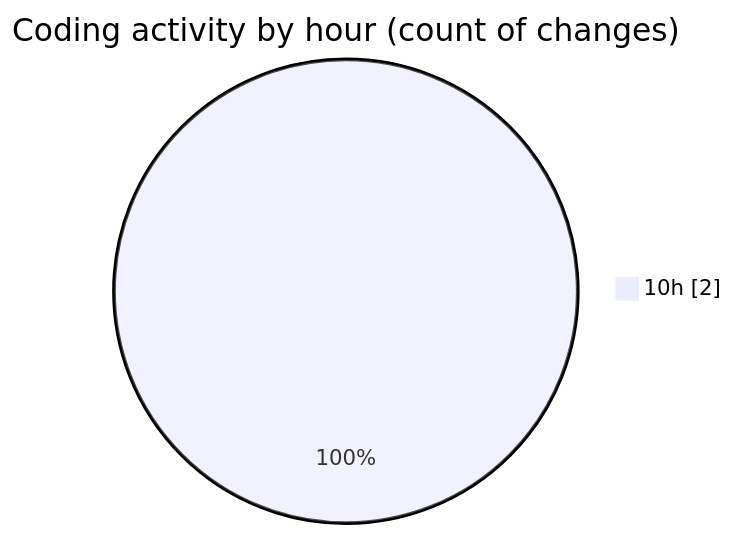
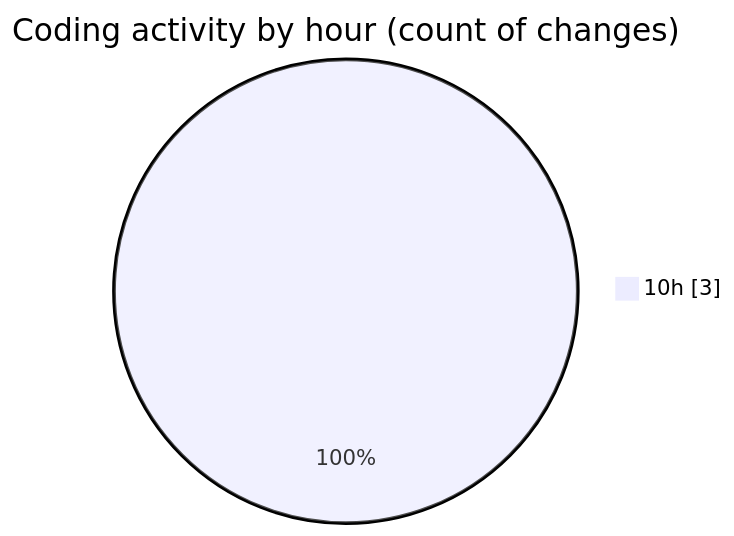
Before and after one commit to NitaiMahat/code-tracking: the second of 2 diagrams in 2025-01-29/java/README.md, drawn with Mermaid. The commit also changed other lines of this file and 1 other file, not shown here.

````diff
--- a/2025-01-29/java/README.md
+++ b/2025-01-29/java/README.md
@@ -29,5 +29,5 @@
 ```mermaid
 pie showData
 title Coding activity by hour (count of changes)
-"10h" : 2
+"10h" : 3
 ```
````
